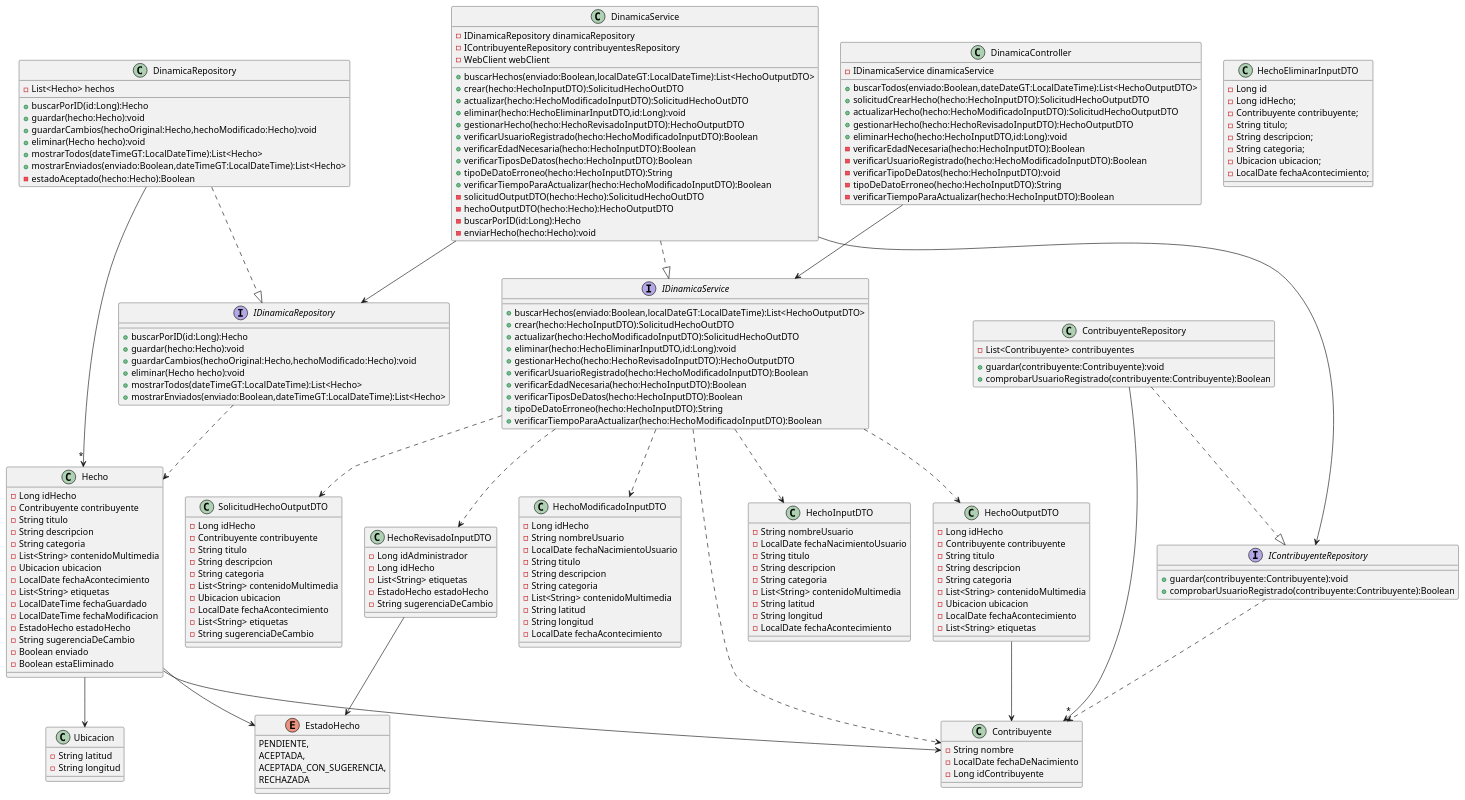
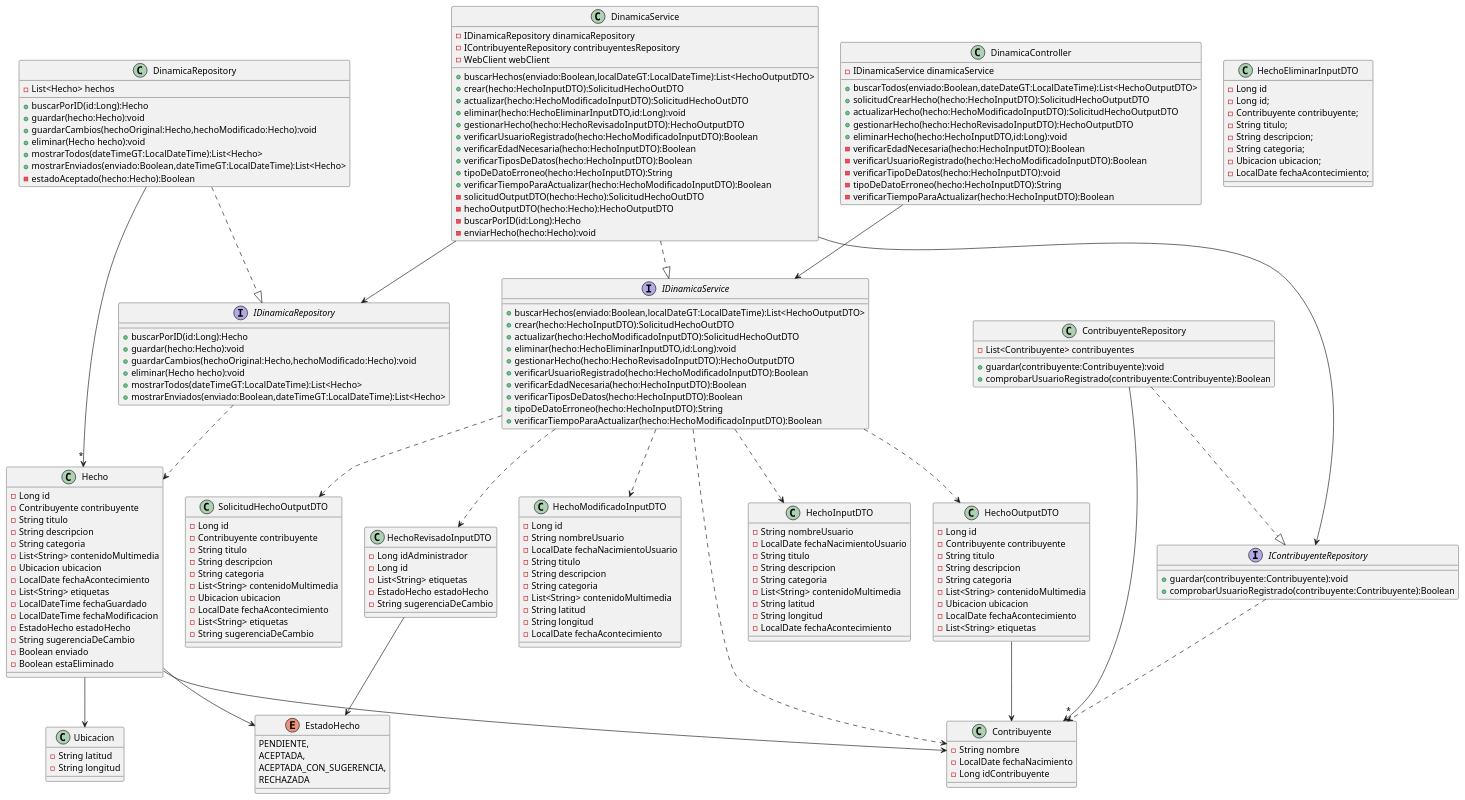
The diagram in fuenteDinamica/DiagramaDeClases-FuenteDinamica.puml (BrunoRodriguezzz/tp-dsi), drawn with PlantUML before and after one commit. The commit also changed 27 other files, not shown here.

```diff
--- a/fuenteDinamica/DiagramaDeClases-FuenteDinamica.puml
+++ b/fuenteDinamica/DiagramaDeClases-FuenteDinamica.puml
@@ -43,7 +43,7 @@
 class HechoEliminarInputDTO {
 
     - Long id
-    - Long idHecho;
+    - Long id;
     - Contribuyente contribuyente;
     - String titulo;
     - String descripcion;
@@ -67,7 +67,7 @@
 
 class HechoModificadoInputDTO {
 
-    - Long idHecho
+    - Long id
     - String nombreUsuario
     - LocalDate fechaNacimientoUsuario
     - String titulo
@@ -82,14 +82,14 @@
 class HechoRevisadoInputDTO {
 
     - Long idAdministrador
-    - Long idHecho
+    - Long id
     - List<String> etiquetas
     - EstadoHecho estadoHecho
     - String sugerenciaDeCambio
 }
 
 class HechoOutputDTO {
-    - Long idHecho
+    - Long id
     - Contribuyente contribuyente
     - String titulo
     - String descripcion
@@ -101,7 +101,7 @@
 }
 
 class SolicitudHechoOutputDTO {
-    - Long idHecho
+    - Long id
     - Contribuyente contribuyente
     - String titulo
     - String descripcion
@@ -115,7 +115,7 @@
 
 class Hecho {
 
-    - Long idHecho
+    - Long id
     - Contribuyente contribuyente
     - String titulo
     - String descripcion
@@ -139,7 +139,7 @@
 
 class Contribuyente {
     - String nombre
-    - LocalDate fechaDeNacimiento
+    - LocalDate fechaNacimiento
     - Long idContribuyente
 }
 
```
